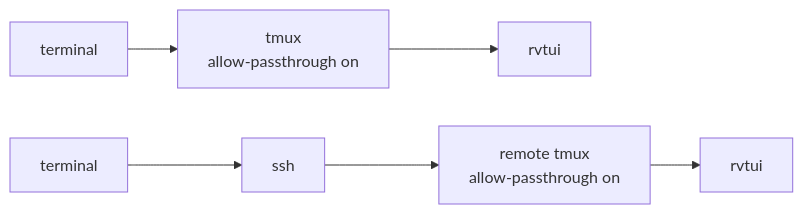
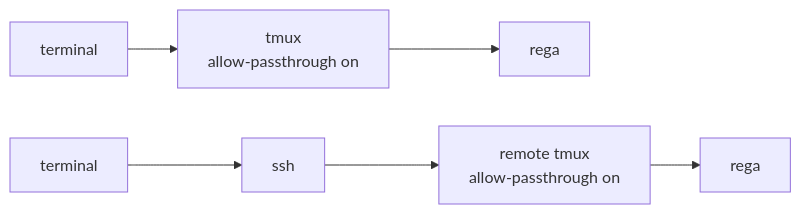
The second of 3 diagrams in docs/src/setup.md (Elyg/rega), drawn with Mermaid before and after one commit. The commit also changed other lines of this file and 165 other files, not shown here.

Commit message:
Rename rvtui to rega

````diff
--- a/docs/src/setup.md
+++ b/docs/src/setup.md
@@ -42,5 +42,5 @@
 ```mermaid
 flowchart LR
-  T[terminal] --> X["tmux<br/>allow-passthrough on"] --> R[rvtui]
-  T2[terminal] --> S[ssh] --> X2["remote tmux<br/>allow-passthrough on"] --> R2[rvtui]
+  T[terminal] --> X["tmux<br/>allow-passthrough on"] --> R[rega]
+  T2[terminal] --> S[ssh] --> X2["remote tmux<br/>allow-passthrough on"] --> R2[rega]
 ```
````
